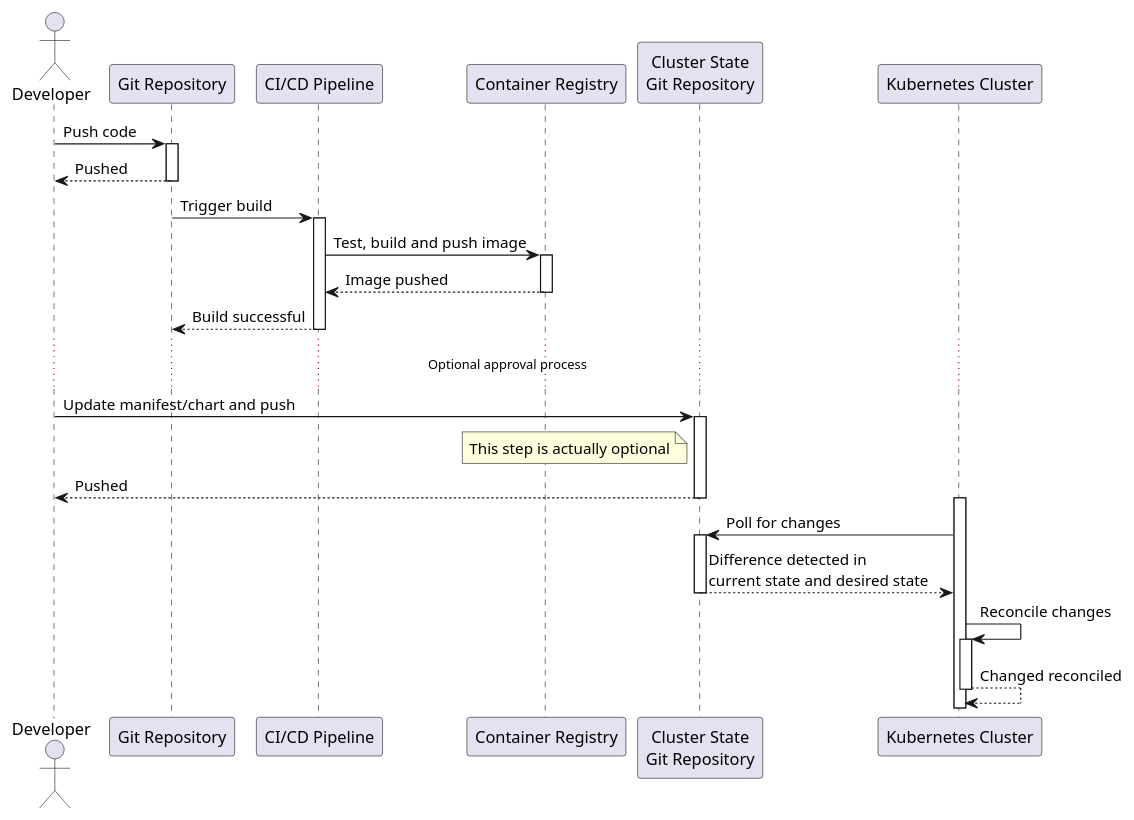
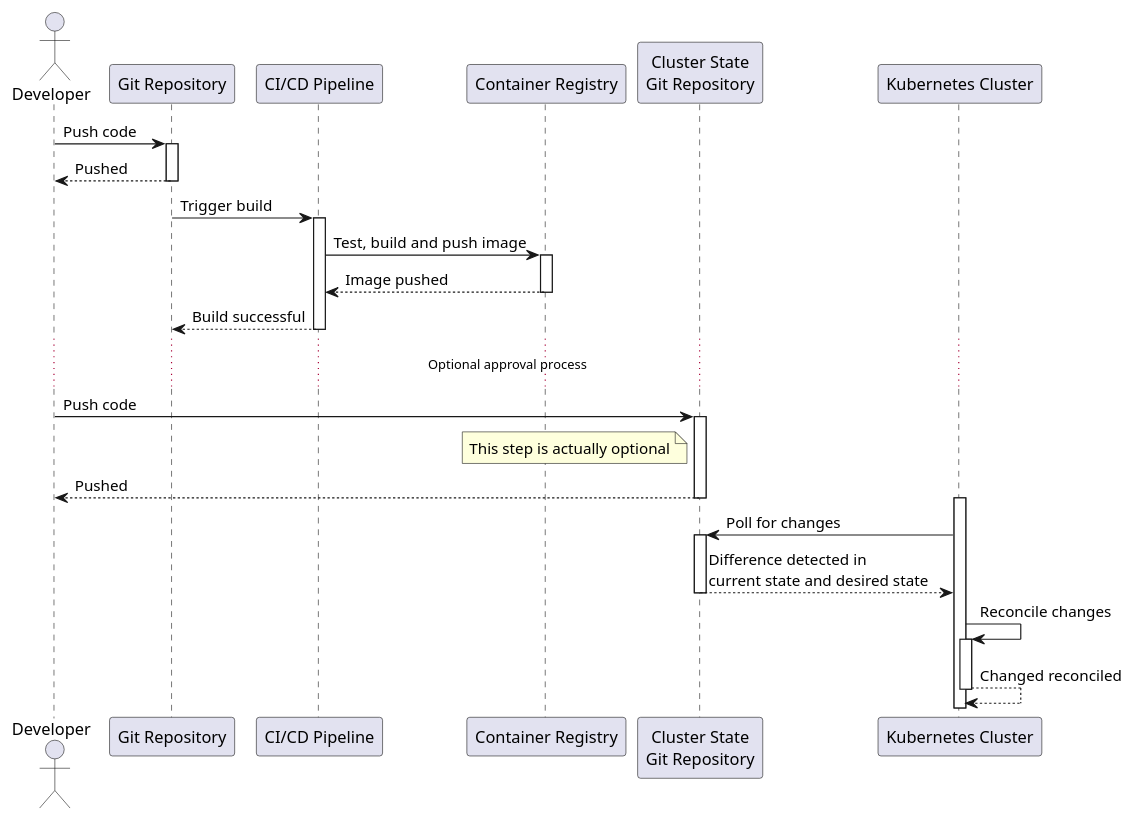
One commit to cristianrgreco/cristianrgreco.github.io- changed the second of 2 diagrams in _posts/2024-11-21-flux-and-gitops.adoc. Above: the diagram before and after it, drawn with PlantUML. The commit also changed other lines of this file, not shown here.

Commit message:
Update text

```diff
--- a/_posts/2024-11-21-flux-and-gitops.adoc
+++ b/_posts/2024-11-21-flux-and-gitops.adoc
@@ -64,31 +64,31 @@
 [plantuml, format=svg]
 ----
 autoactivate on
 Actor Developer
 Participant "Git Repository" as Git
 Participant "CI/CD Pipeline" as Pipeline
 Participant "Container Registry" as Registry
 Participant "Cluster State\nGit Repository" as CGit
 Participant "Kubernetes Cluster" as Cluster
 
 Developer -> Git: Push code
 return Pushed
 
 Git -> Pipeline: Trigger build
 Pipeline -> Registry: Test, build and push image
 return Image pushed
 return Build successful
 
 ...Optional approval process...
 
-Developer -> CGit: Update manifest/chart and push
+Developer -> CGit: Push code
 note left of CGit: This step is actually optional
 return Pushed
 
 activate Cluster
 Cluster -> CGit: Poll for changes
 return Difference detected in\ncurrent state and desired state
 
 Cluster -> Cluster: Reconcile changes
 return Changed reconciled
 ----
```
